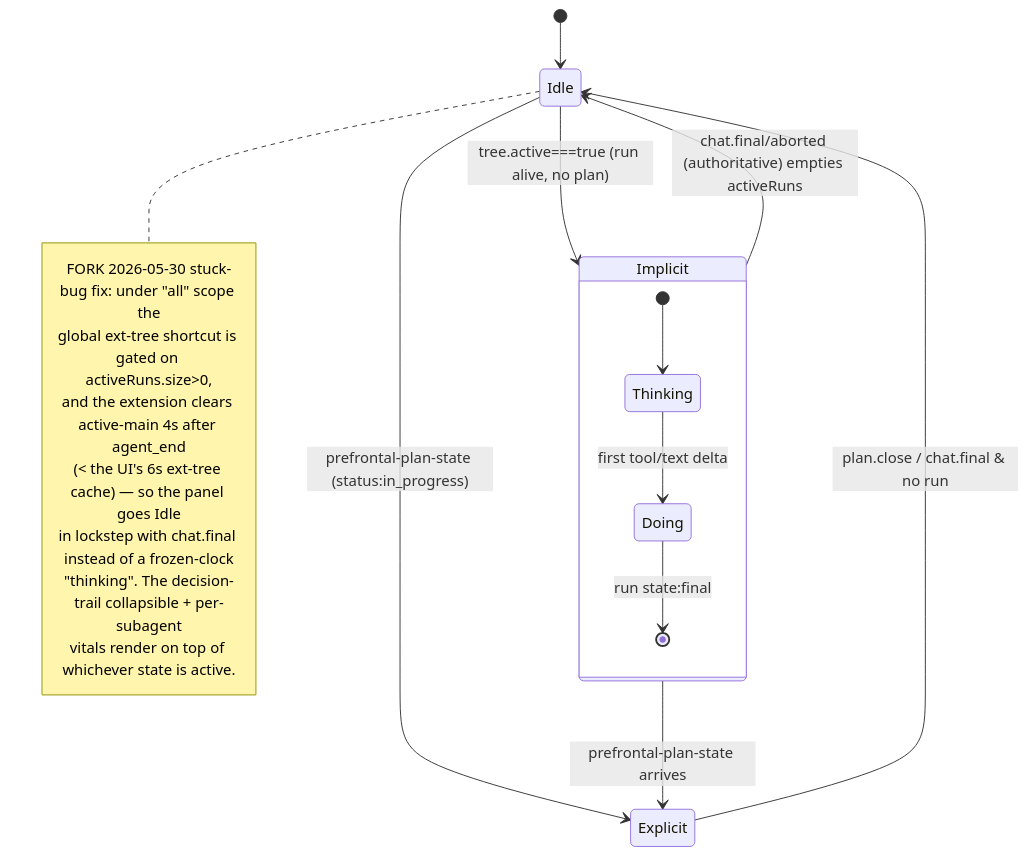
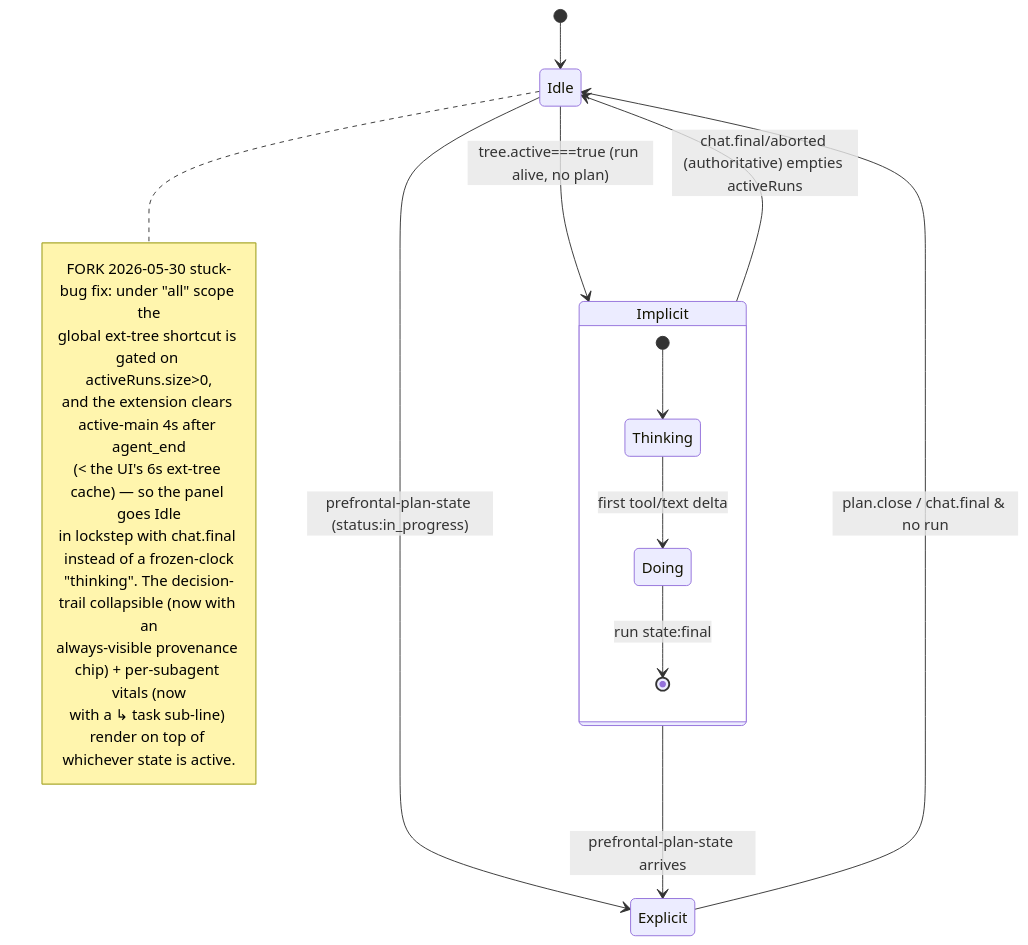
One commit to globalcaos/tinkerclaw changed the first of 2 diagrams in TINKER_UI_DESIGN_BIBLE/panels.md. Above: the diagram before and after it, drawn with Mermaid. The commit also changed other lines of this file and 5 other files, not shown here.

````diff
--- a/TINKER_UI_DESIGN_BIBLE/panels.md
+++ b/TINKER_UI_DESIGN_BIBLE/panels.md
@@ -129,23 +135,24 @@
 ```mermaid
 stateDiagram-v2
   [*] --> Idle
   Idle --> Explicit: prefrontal-plan-state (status:in_progress)
   Idle --> Implicit: tree.active===true (run alive, no plan)
   Explicit --> Idle: plan.close / chat.final & no run
   Implicit --> Explicit: prefrontal-plan-state arrives
   Implicit --> Idle: chat.final/aborted (authoritative) empties activeRuns
   state Implicit {
     [*] --> Thinking
     Thinking --> Doing: first tool/text delta
     Doing --> [*]: run state:final
   }
   note right of Idle
     FORK 2026-05-30 stuck-bug fix: under "all" scope the
     global ext-tree shortcut is gated on activeRuns.size>0,
     and the extension clears active-main 4s after agent_end
     (< the UI's 6s ext-tree cache) — so the panel goes Idle
     in lockstep with chat.final instead of a frozen-clock
-    "thinking". The decision-trail collapsible + per-subagent
-    vitals render on top of whichever state is active.
+    "thinking". The decision-trail collapsible (now with an
+    always-visible provenance chip) + per-subagent vitals (now
+    with a ↳ task sub-line) render on top of whichever state is active.
   end note
 ```
````
